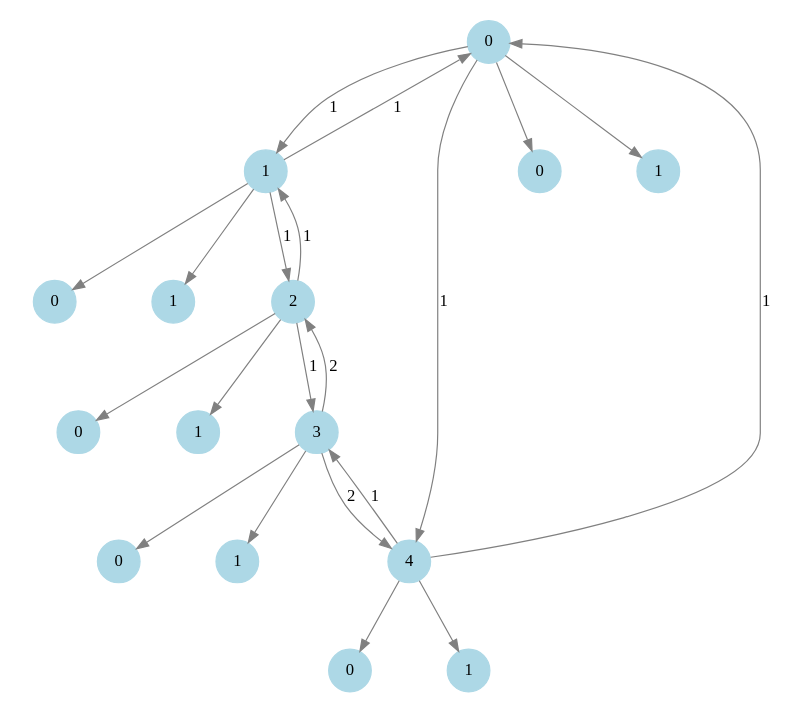
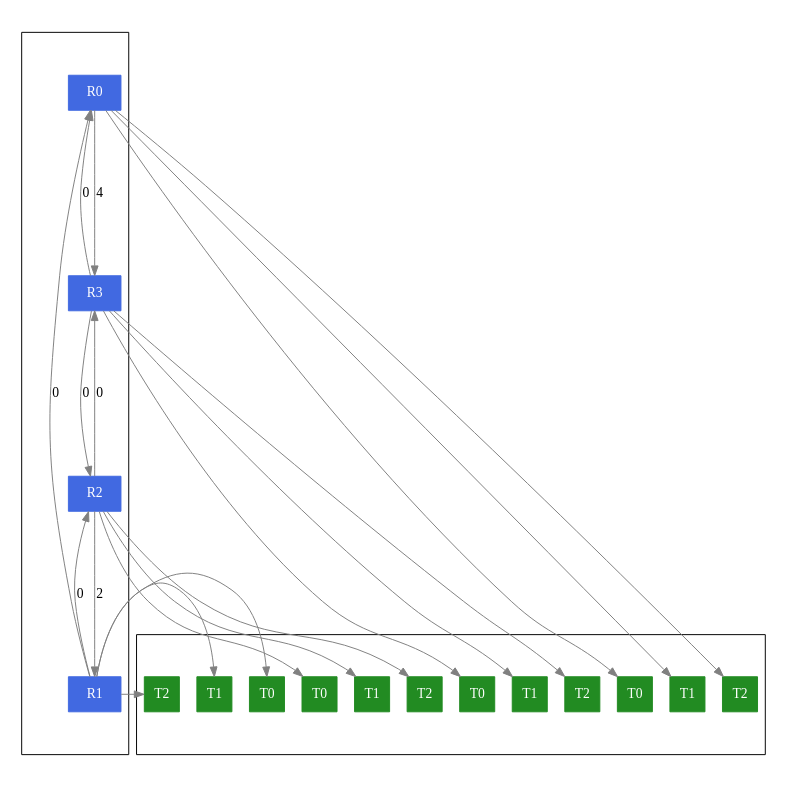
The diagram in Trabajo_Final/bin/grafo.dot (Fede108/Algoritmos-y-estructura-de-Datos), drawn with Graphviz before and after one commit. The commit also changed 9 other files, not shown here.

```diff
--- a/Trabajo_Final/bin/grafo.dot
+++ b/Trabajo_Final/bin/grafo.dot
@@ -1,36 +1,72 @@
 digraph G {
-    node [shape=circle, style=filled, color=lightblue];
+    // Configuración global para aristas y dimensiones del grafo
     edge [color=gray, penwidth=1];
     size="8,8";
     ratio="fill";
-    0 -> 1 [label="1"];
-    0 -> 4 [label="1"];
-    0 -> 00;
-    00 [label="0"];
-    0 -> 10;
-    10 [label="1"];
-    1 -> 0 [label="1"];
-    1 -> 2 [label="1"];
-    1 -> 01;
-    01 [label="0"];
-    1 -> 11;
-    11 [label="1"];
-    2 -> 1 [label="1"];
-    2 -> 3 [label="1"];
-    2 -> 02;
-    02 [label="0"];
-    2 -> 12;
-    12 [label="1"];
-    3 -> 2 [label="2"];
-    3 -> 4 [label="2"];
-    3 -> 03;
-    03 [label="0"];
-    3 -> 13;
-    13 [label="1"];
-    4 -> 0 [label="1"];
-    4 -> 3 [label="1"];
-    4 -> 04;
-    04 [label="0"];
-    4 -> 14;
-    14 [label="1"];
+    
+    // Subgrafo para nodos de un solo dígito (configuración del "1" o estilo R)
+    subgraph cluster_singles {
+        // Estos nodos tendrán forma de recuadro, fondo lleno, color royalblue, 
+        // tamaño fijo (0.5x0.5 pulgadas) y se etiquetarán con "R" seguido de su identificador.
+        node [shape=box, style=filled, color=royalblue, fixedsize=true, fontcolor=white];
+        
+        0 [label="R0", tooltip="Este es el nodo inicial"];
+        1 [label="R1"];
+        2 [label="R2"];
+        3 [label="R3"];
+    }
+    
+    // Subgrafo para nodos de dos dígitos (configuración del "00" o estilo T)
+    subgraph cluster_doubles {
+        // Estos nodos tendrán forma de recuadro, fondo lleno, color forestgreen,
+        // tamaño fijo (0.5x0.5 pulgadas) y se etiquetarán con "T" seguido de un dígito.
+        node [shape=box, style=filled, color=forestgreen, width=0.5, height=0.5, fixedsize=true, fontcolor=white];
+        
+        00 [label="T0"];
+        10 [label="T1"];
+        20 [label="T2"];
+        01 [label="T0"];
+        11 [label="T1"];
+        21 [label="T2"];
+        02 [label="T0"];
+        12 [label="T1"];
+        22 [label="T2"];
+        03 [label="T0"];
+        13 [label="T1"];
+        23 [label="T2"];
+    }
+    
+    // (Opcional) Puedes mantener el mismo orden vertical para ciertos grupos:
+   // { rank = same; 0; 1; 2; 3; }
+   // { rank = same; 00; 10; 20; }
+   // { rank = same; 01; 11; 21; }
+   // { rank = same; 02; 12; 22; }
+   // { rank = same; 03; 13; 23; }
+    
+    // Definición de las conexiones (aristas)
+    
+    0 -> 3  [label="4"];
+    0 -> 00 [minlen=0.2];
+    
+    // Ejemplo de conexión con nodos dobles (se reduce la longitud)
+    0 -> 10 [minlen=0.2];
+    0 -> 20 [minlen=0.2];
+    
+    1 -> 0  [label="0"];
+    1 -> 2  [label="0"];
+    1 -> 01 [minlen=0.2];
+    1 -> 11 [minlen=0.2];
+    1 -> 21 [minlen=0.2];
+    
+    2 -> 1  [label="2"];
+    2 -> 3  [label="0"];
+    2 -> 02 [minlen=0.2];
+    2 -> 12 [minlen=0.2];
+    2 -> 22 [minlen=0.2];
+    
+    3 -> 0  [label="0"];
+    3 -> 2  [label="0"];
+    3 -> 03 [minlen=0.2];
+    3 -> 13 [minlen=0.2];
+    3 -> 23 [minlen=0.2];
 }
```
